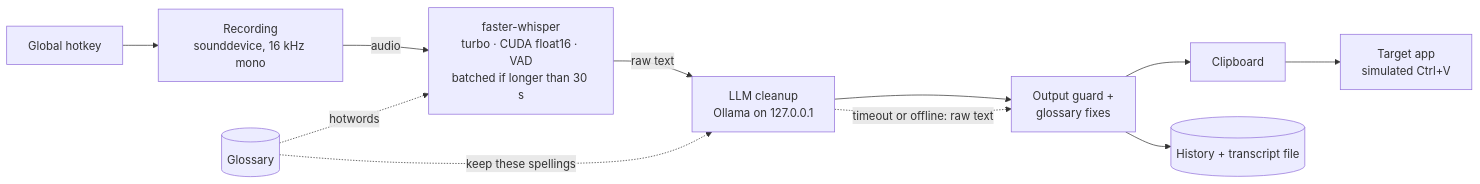
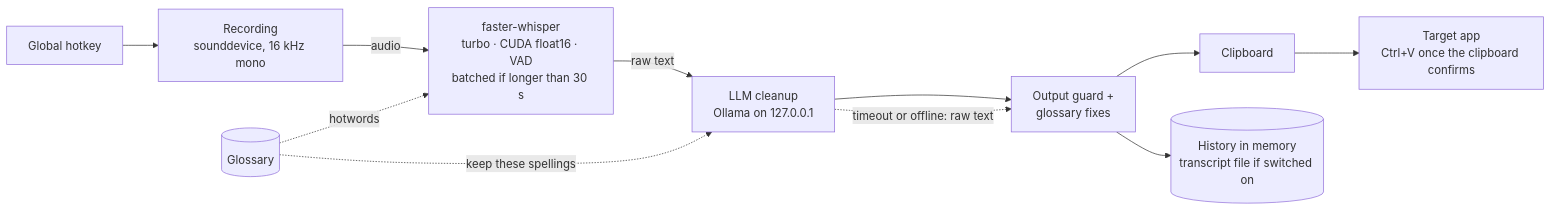
One commit to Mosaik114/hams-bachelorprojekt changed the diagram in README.md. Above: the diagram before and after it, drawn with Mermaid. The commit also changed 1 other file, not shown here.

Commit message:
Docs: the pipeline diagrams show the confirmed paste and optional transcript files

````diff
--- a/README.md
+++ b/README.md
@@ -98,13 +98,13 @@
 ```mermaid
 flowchart LR
   H[Global hotkey] --> R[Recording<br/>sounddevice, 16 kHz mono]
   R -- audio --> W[faster-whisper<br/>turbo · CUDA float16 · VAD<br/>batched if longer than 30 s]
   G[(Glossary)] -. hotwords .-> W
   W -- raw text --> O[LLM cleanup<br/>Ollama on 127.0.0.1]
   G -. keep these spellings .-> O
   O --> F[Output guard +<br/>glossary fixes]
   O -. timeout or offline: raw text .-> F
   F --> C[Clipboard]
-  C --> T[Target app<br/>simulated Ctrl+V]
-  F --> S[(History + transcript file)]
+  C --> T[Target app<br/>Ctrl+V once the clipboard confirms]
+  F --> S[(History in memory<br/>transcript file if switched on)]
 ```
````
